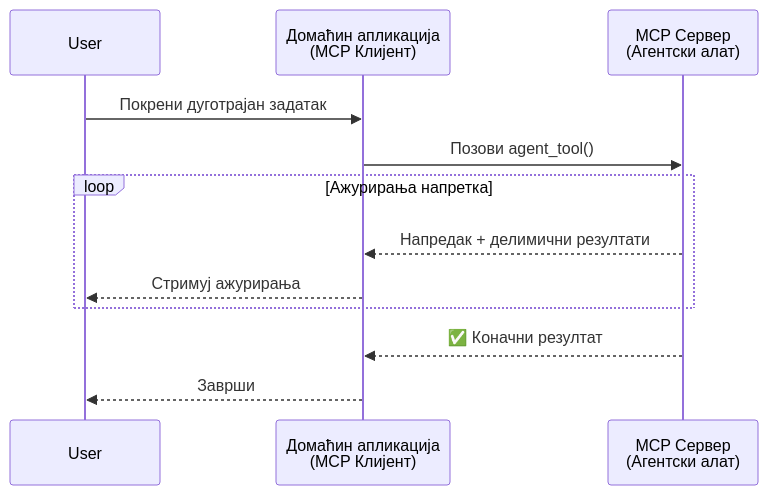
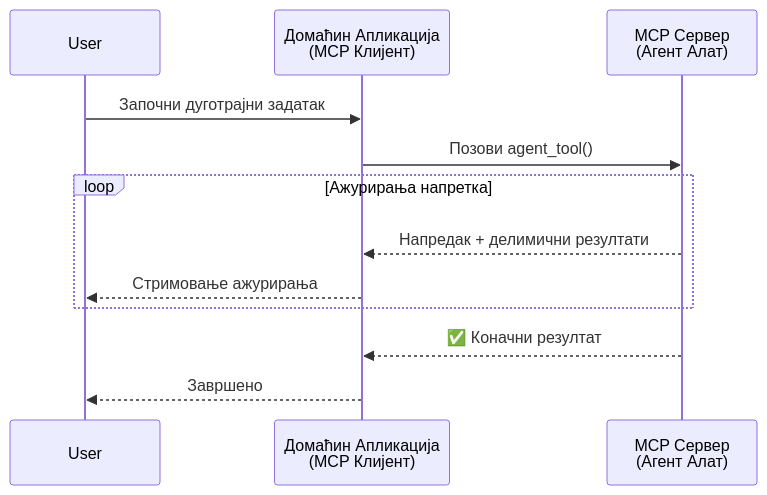
The first of 5 diagrams in mirrors/repos/microsoft@ai-agents-for-beginners/translations/sr/11-agentic-protocols/code_samples/mcp-agents/README.md (gabrielmoreira/agent-skills-mirror), drawn with Mermaid before and after one commit. The commit also changed other lines of this file and 4262 other files, not shown here.

````diff
--- a/mirrors/repos/microsoft@ai-agents-for-beginners/translations/sr/11-agentic-protocols/code_samples/mcp-agents/README.md
+++ b/mirrors/repos/microsoft@ai-agents-for-beginners/translations/sr/11-agentic-protocols/code_samples/mcp-agents/README.md
@@ -46,17 +46,17 @@
 ```mermaid
 sequenceDiagram
     participant User
-    participant Host as Домаћин апликација<br/>(MCP Клијент)
-    participant Server as MCP Сервер<br/>(Агентски алат)
+    participant Host as Домаћин Апликација<br/>(MCP Клијент)
+    participant Server as MCP Сервер<br/>(Агент Алат)
 
-    User->>Host: Покрени дуготрајан задатак
+    User->>Host: Започни дуготрајни задатак
     Host->>Server: Позови agent_tool()
 
     loop Ажурирања напретка
         Server-->>Host: Напредак + делимични резултати
-        Host-->>User: Стримуј ажурирања
+        Host-->>User: Стримовање ажурирања
     end
 
     Server-->>Host: ✅ Коначни резултат
-    Host-->>User: Заврши
+    Host-->>User: Завршено
 ```
````
